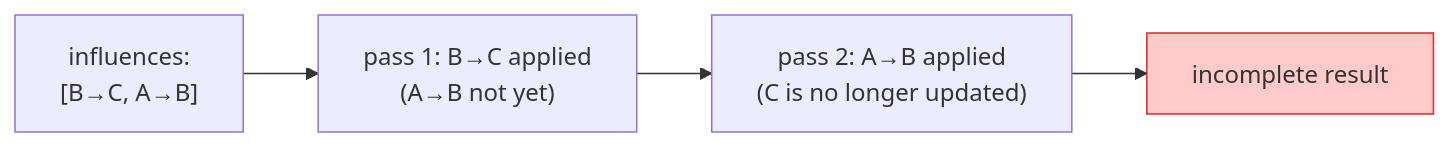
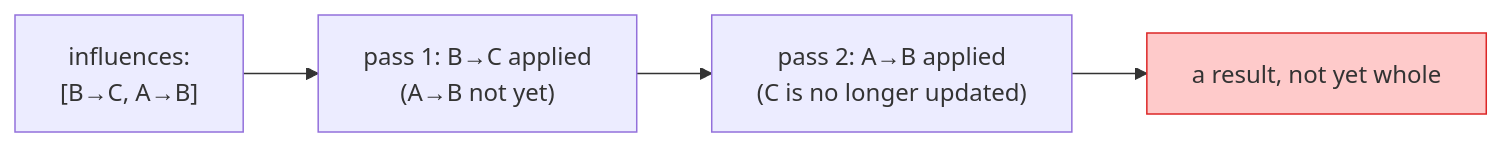
Diagram 18 of 56 in docs/animo_spec.md (hiroxpepe/animo), drawn with Mermaid before and after one commit. The commit also changed other lines of this file, not shown here.

Commit message:
fix: Update the mermaid diagram text to fit Basic English

````diff
--- a/docs/animo_spec.md
+++ b/docs/animo_spec.md
@@ -954,9 +954,9 @@
 ```mermaid
 flowchart LR
   Bad["influences:<br/>[B→C, A→B]"]
   P1["pass 1: B→C applied<br/>(A→B not yet)"]
   P2["pass 2: A→B applied<br/>(C is no longer updated)"]
-  R1["incomplete result"]
+  R1["a result, not yet whole"]
   Bad --> P1 --> P2 --> R1
   style R1 fill:#fecaca,stroke:#dc2626
 ```
````
